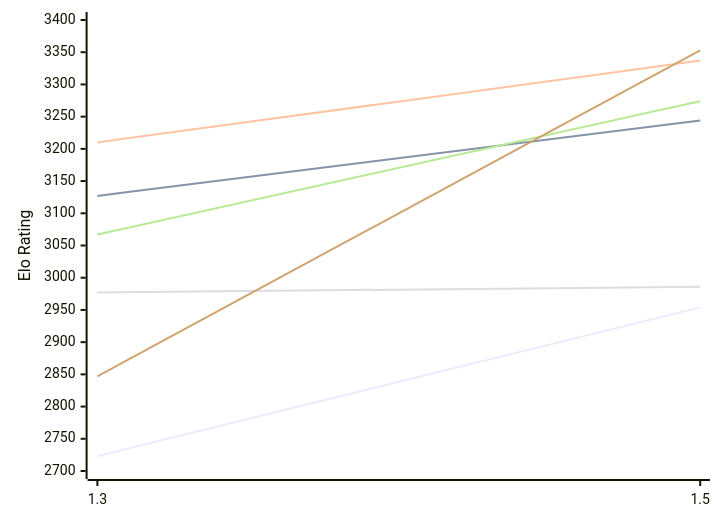
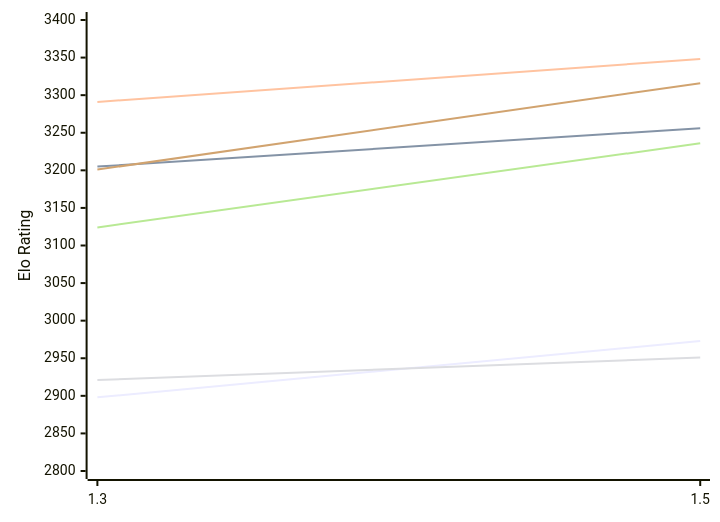
Before and after one commit to computer-chess-index/cci: the first of 2 diagrams in engines/Lambergar.md, drawn with Mermaid. The commit also changed other lines of this file, not shown here.

Commit message:
Update CCI Ratings (ELO VLTC) - 2026-11-14

````diff
--- a/engines/Lambergar.md
+++ b/engines/Lambergar.md
@@ -50,12 +50,12 @@
 ```mermaid
 %%{init: {"theme":"base","themeVariables":{"seriesColors:['#a3a3a3','#222221','#faa371']}}}%%
 xychart-beta
   x-axis ["1.3", "1.5"]
-  y-axis "Elo Rating" 2700 --> 3400
-  line "E1: STC (8.0+0.08s)" [2723, 2954]
-  line "E1: LTC (60.0+0.60s)" [3127, 3244]
-  line "E1: VLTC (2m24s+1.12s)" [3210, 3337]
-  line "P1: STC (8.0+0.08s)" [2977, 2986]
-  line "P1: LTC (60.0+0.60s)" [3067, 3274]
-  line "P1: VLTC (2m24s+1.12s)" [2847, 3353]
+  y-axis "Elo Rating" 2800 --> 3400
+  line "E1: STC (8.0+0.08s)" [2898, 2973]
+  line "E1: LTC (60.0+0.60s)" [3205, 3256]
+  line "E1: VLTC (2m24s+1.12s)" [3291, 3348]
+  line "P1: STC (8.0+0.08s)" [2921, 2951]
+  line "P1: LTC (60.0+0.60s)" [3124, 3236]
+  line "P1: VLTC (2m24s+1.12s)" [3201, 3316]
 ```
````
